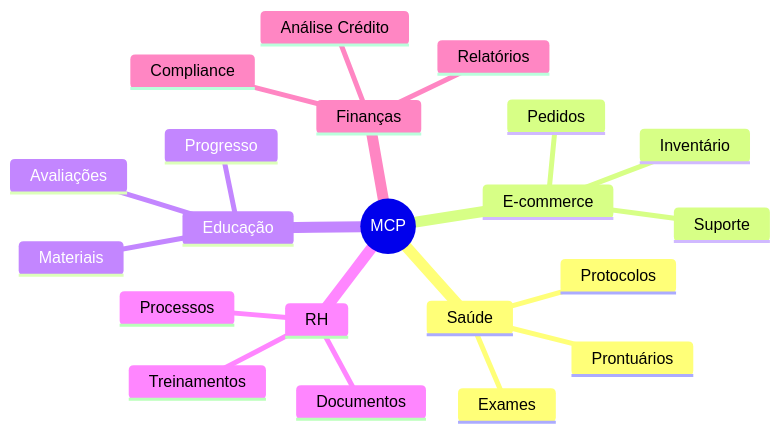
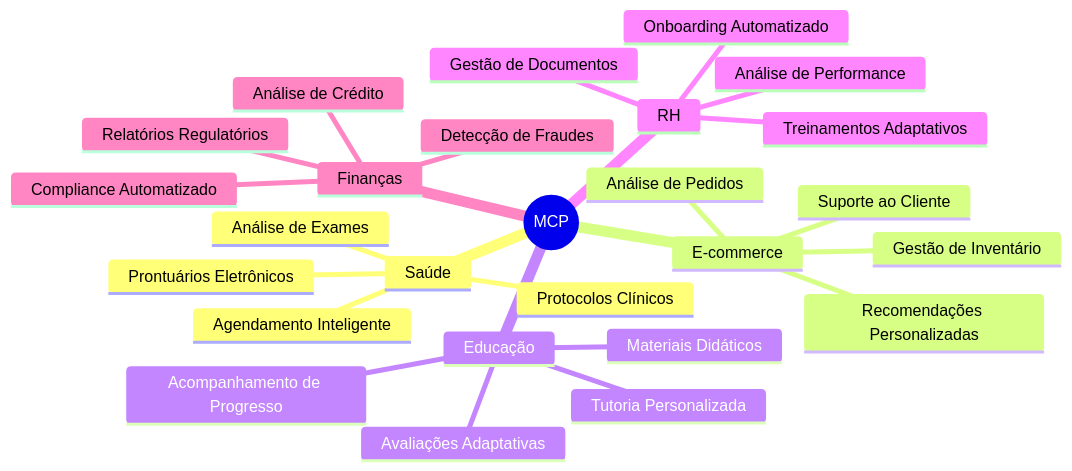
Diagram 13 of 16 in AI/Comunicação/MCP/00-mcp-presentation-zero to hero.md (felipepimentel/my-public-notes), drawn with Mermaid before and after one commit. The commit also changed other lines of this file, not shown here.

````diff
--- a/AI/Comunicação/MCP/00-mcp-presentation-zero to hero.md
+++ b/AI/Comunicação/MCP/00-mcp-presentation-zero to hero.md
@@ -371,24 +356,29 @@
 ```mermaid
 mindmap
   root((MCP))
     Saúde
-      Prontuários
-      Exames
-      Protocolos
+      Prontuários Eletrônicos
+      Protocolos Clínicos
+      Análise de Exames
+      Agendamento Inteligente
     E-commerce
-      Inventário
-      Pedidos
-      Suporte
+      Gestão de Inventário
+      Análise de Pedidos
+      Suporte ao Cliente
+      Recomendações Personalizadas
     Educação
-      Materiais
-      Avaliações
-      Progresso
+      Materiais Didáticos
+      Avaliações Adaptativas
+      Acompanhamento de Progresso
+      Tutoria Personalizada
     RH
-      Documentos
-      Processos
-      Treinamentos
+      Onboarding Automatizado
+      Gestão de Documentos
+      Análise de Performance
+      Treinamentos Adaptativos
     Finanças
-      Análise Crédito
-      Compliance
-      Relatórios
+      Análise de Crédito
+      Compliance Automatizado
+      Relatórios Regulatórios
+      Detecção de Fraudes
 ```
````
